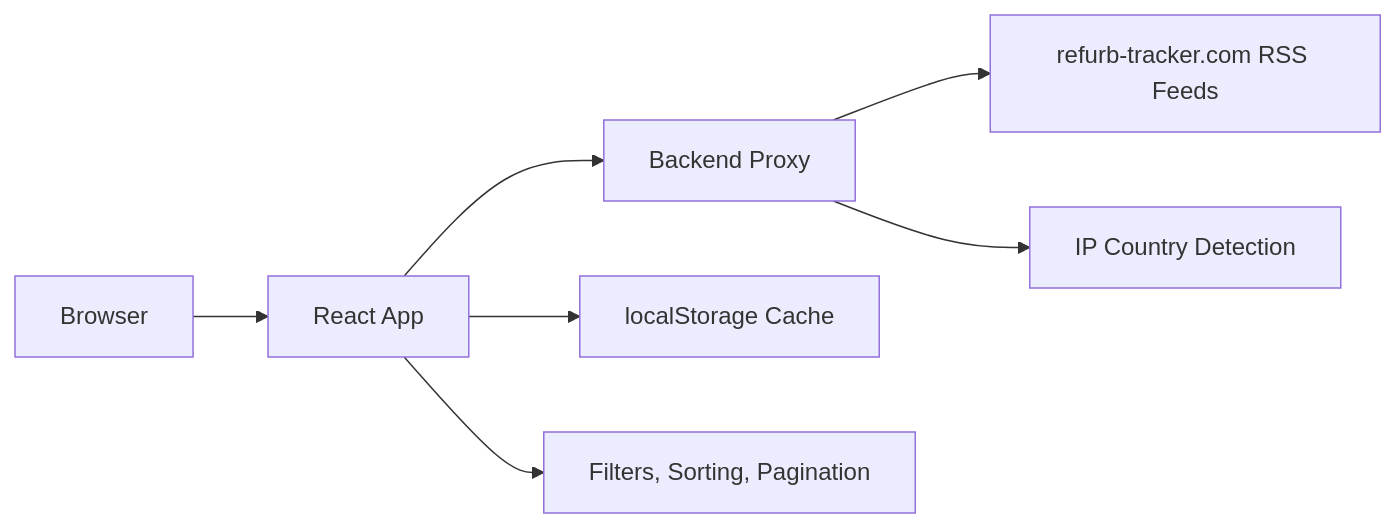
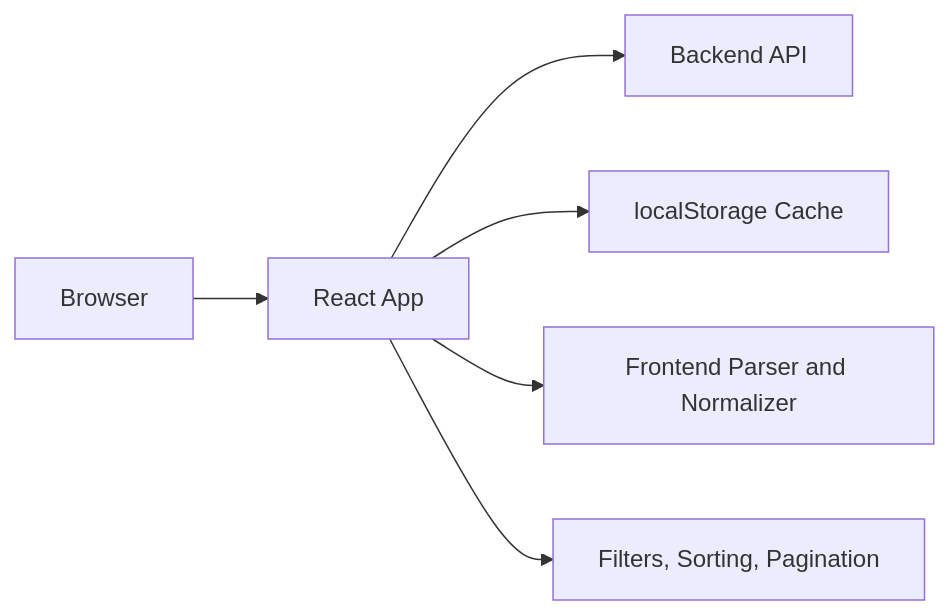
The diagram in README.md (klausss30/RefurbRadar-frontend), drawn with Mermaid before and after one commit. The commit also changed other lines of this file, not shown here.

````diff
--- a/README.md
+++ b/README.md
@@ -28,9 +28,8 @@
 ```mermaid
 flowchart LR
   User["Browser"] --> ReactApp["React App"]
-  ReactApp --> Proxy["Backend Proxy"]
-  Proxy --> Feed["refurb-tracker.com RSS Feeds"]
-  Proxy --> Geo["IP Country Detection"]
+  ReactApp --> API["Backend API"]
   ReactApp --> LocalStorage["localStorage Cache"]
+  ReactApp --> Parser["Frontend Parser and Normalizer"]
   ReactApp --> UI["Filters, Sorting, Pagination"]
 ```
````
